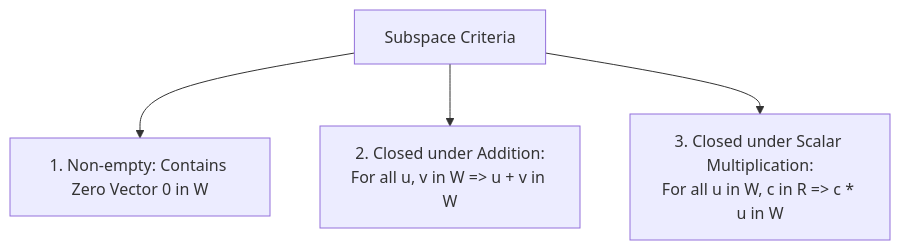
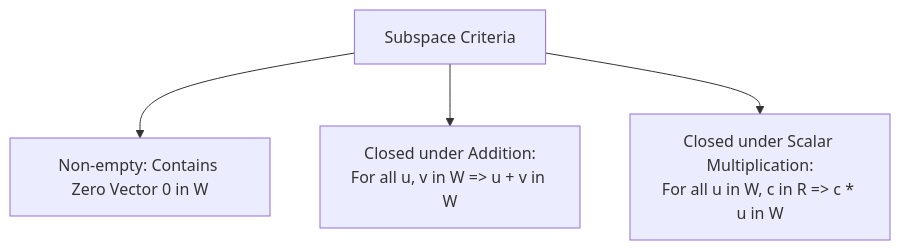
The diagram in content/Year 1/Linear Algebra with MATLAB/5. Vector Spaces and Subspaces.md (aidocmr/learn-bscs), drawn with Mermaid before and after one commit. The commit also changed 17 other files, not shown here.

````diff
--- a/content/Year 1/Linear Algebra with MATLAB/5. Vector Spaces and Subspaces.md
+++ b/content/Year 1/Linear Algebra with MATLAB/5. Vector Spaces and Subspaces.md
@@ -35,6 +35,6 @@
 ```mermaid
 flowchart TD
-    Test["Subspace Criteria"] --> C1["1. Non-empty: Contains Zero Vector 0 in W"]
-    Test --> C2["2. Closed under Addition:<br/>For all u, v in W => u + v in W"]
-    Test --> C3["3. Closed under Scalar Multiplication:<br/>For all u in W, c in R => c * u in W"]
+    Test["Subspace Criteria"] --> C1["Non-empty: Contains Zero Vector 0 in W"]
+    Test --> C2["Closed under Addition:<br/>For all u, v in W => u + v in W"]
+    Test --> C3["Closed under Scalar Multiplication:<br/>For all u in W, c in R => c * u in W"]
 ```
````
